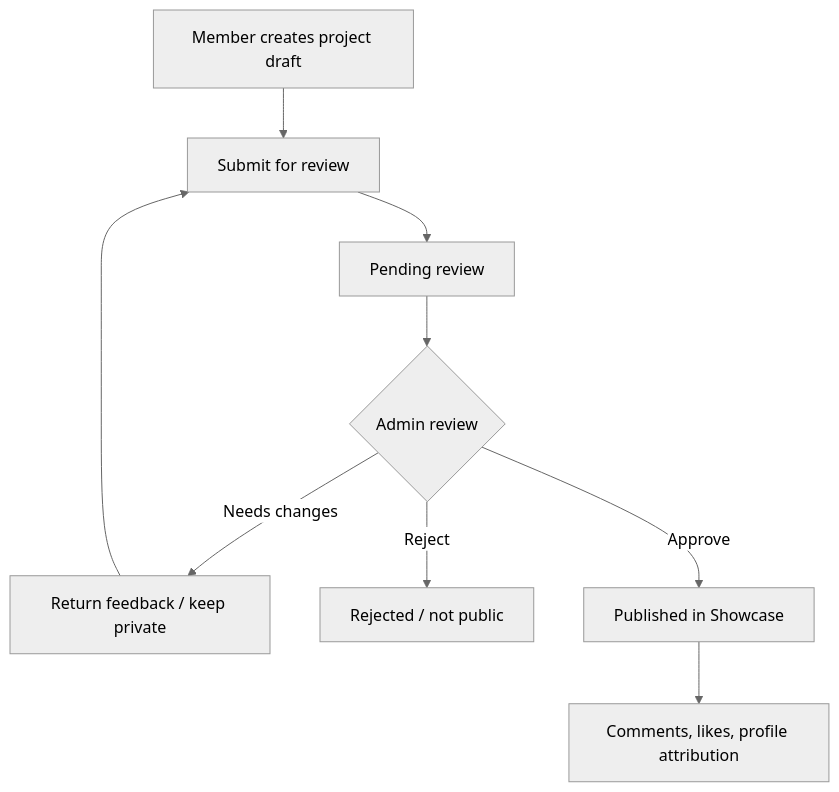
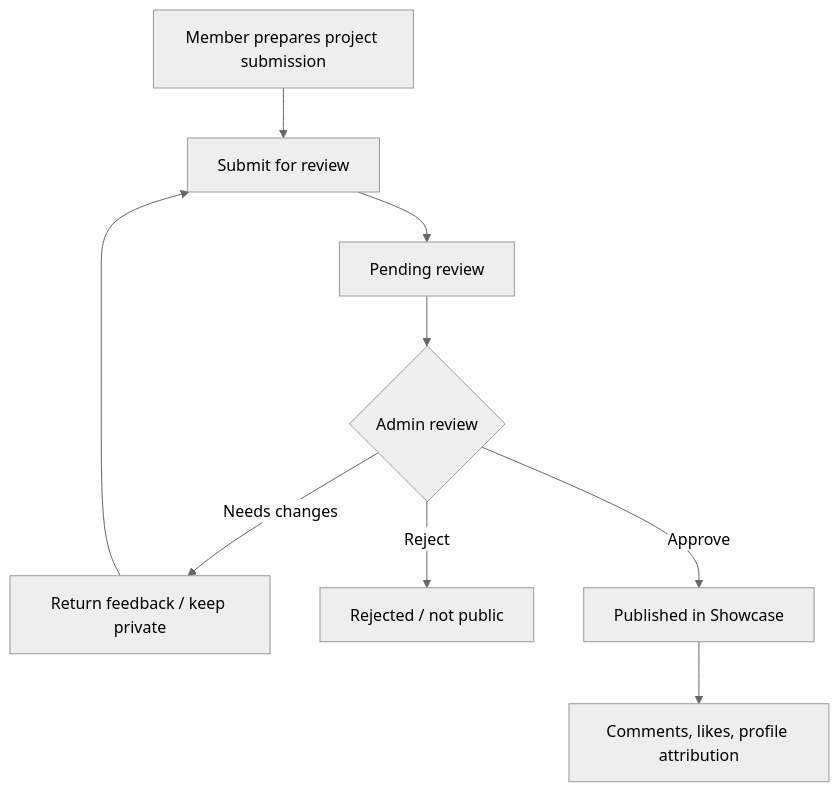
Before and after one commit to gomyway1216/nextjs-portfolio: the sixth of 9 diagrams in docs/jtpa-community-hub-portfolio-case-study.md, drawn with Mermaid (neutral theme). The commit also changed other lines of this file, not shown here.

Commit message:
Remove draft wording from JTPA case study

````diff
--- a/docs/jtpa-community-hub-portfolio-case-study.md
+++ b/docs/jtpa-community-hub-portfolio-case-study.md
@@ -261,11 +261,11 @@
 ```mermaid
 flowchart TD
-  draft["Member creates project draft"] --> submit["Submit for review"]
+  submission["Member prepares project submission"] --> submit["Submit for review"]
   submit --> pending["Pending review"]
   pending --> review{"Admin review"}
   review -- "Needs changes" --> changes["Return feedback / keep private"]
   changes --> submit
   review -- "Reject" --> rejected["Rejected / not public"]
   review -- "Approve" --> public["Published in Showcase"]
   public --> engage["Comments, likes, profile attribution"]
 ```
````
